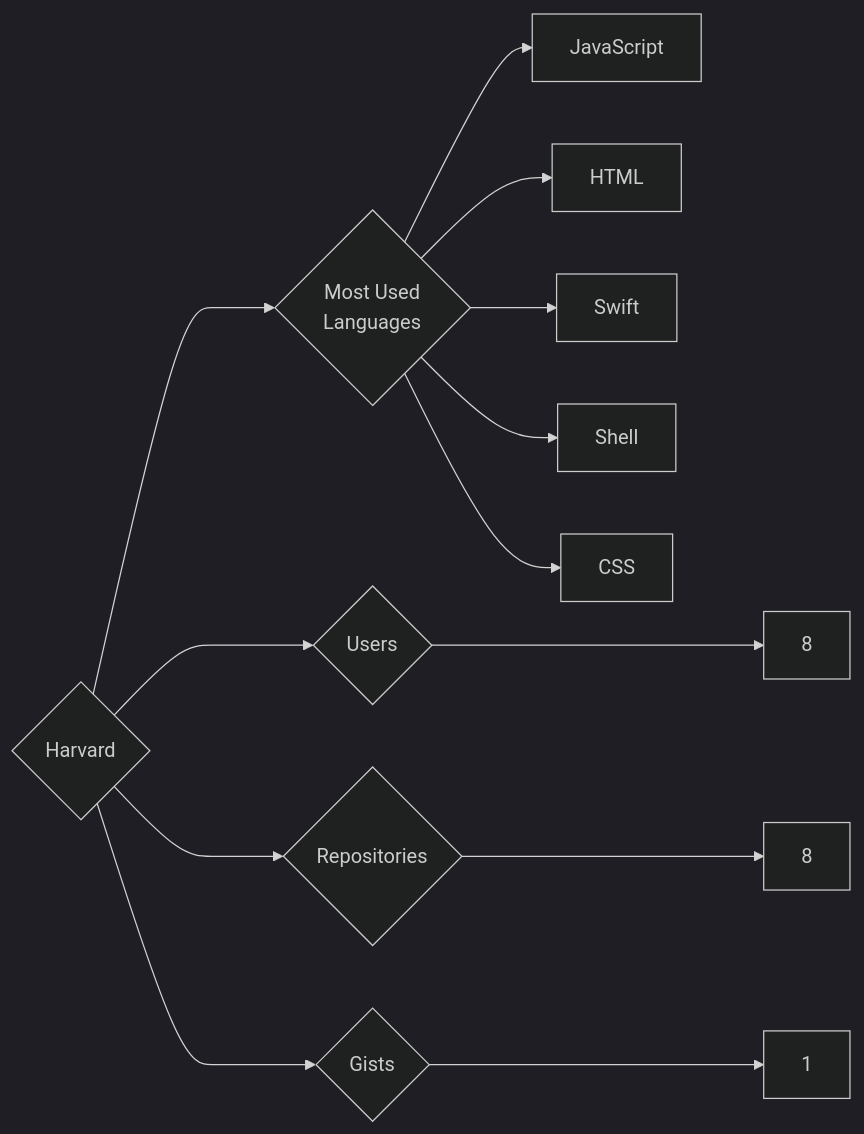
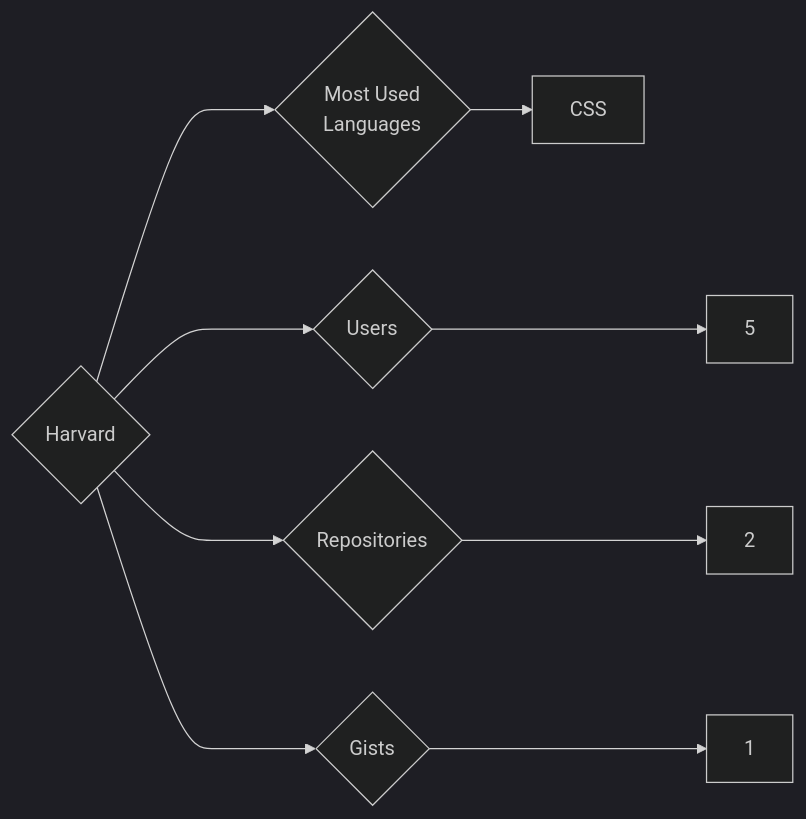
Before and after one commit to trickest/insiders: the diagram in targets/Harvard/README.md, drawn with Mermaid (dark theme). The commit also changed 938 other files, not shown here.

````diff
--- a/targets/Harvard/README.md
+++ b/targets/Harvard/README.md
@@ -3,13 +3,9 @@
 ```mermaid
 graph LR
 COMPANY_NAME{Harvard}
-COMPANY_NAME ---> U{Users} ---> UN[8]
-COMPANY_NAME ---> R{Repositories} ---> RN[8]
+COMPANY_NAME ---> U{Users} ---> UN[5]
+COMPANY_NAME ---> R{Repositories} ---> RN[2]
 COMPANY_NAME ---> G{Gists} ---> GN[1]
 COMPANY_NAME ---> ML{Most Used<br>Languages}
-ML --> JavaScript[JavaScript]
-ML --> HTML[HTML]
-ML --> Swift[Swift]
-ML --> Shell[Shell]
 ML --> CSS[CSS]
 ```
````
